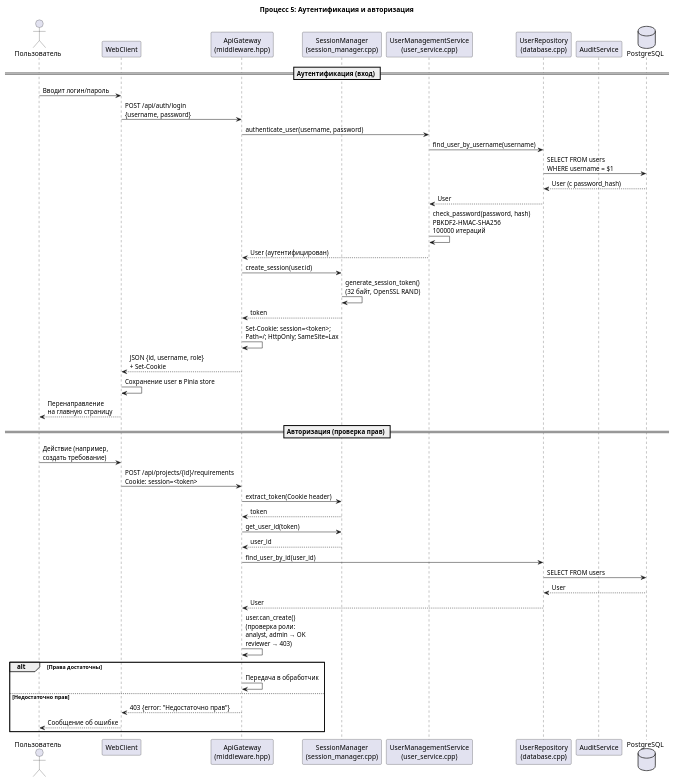
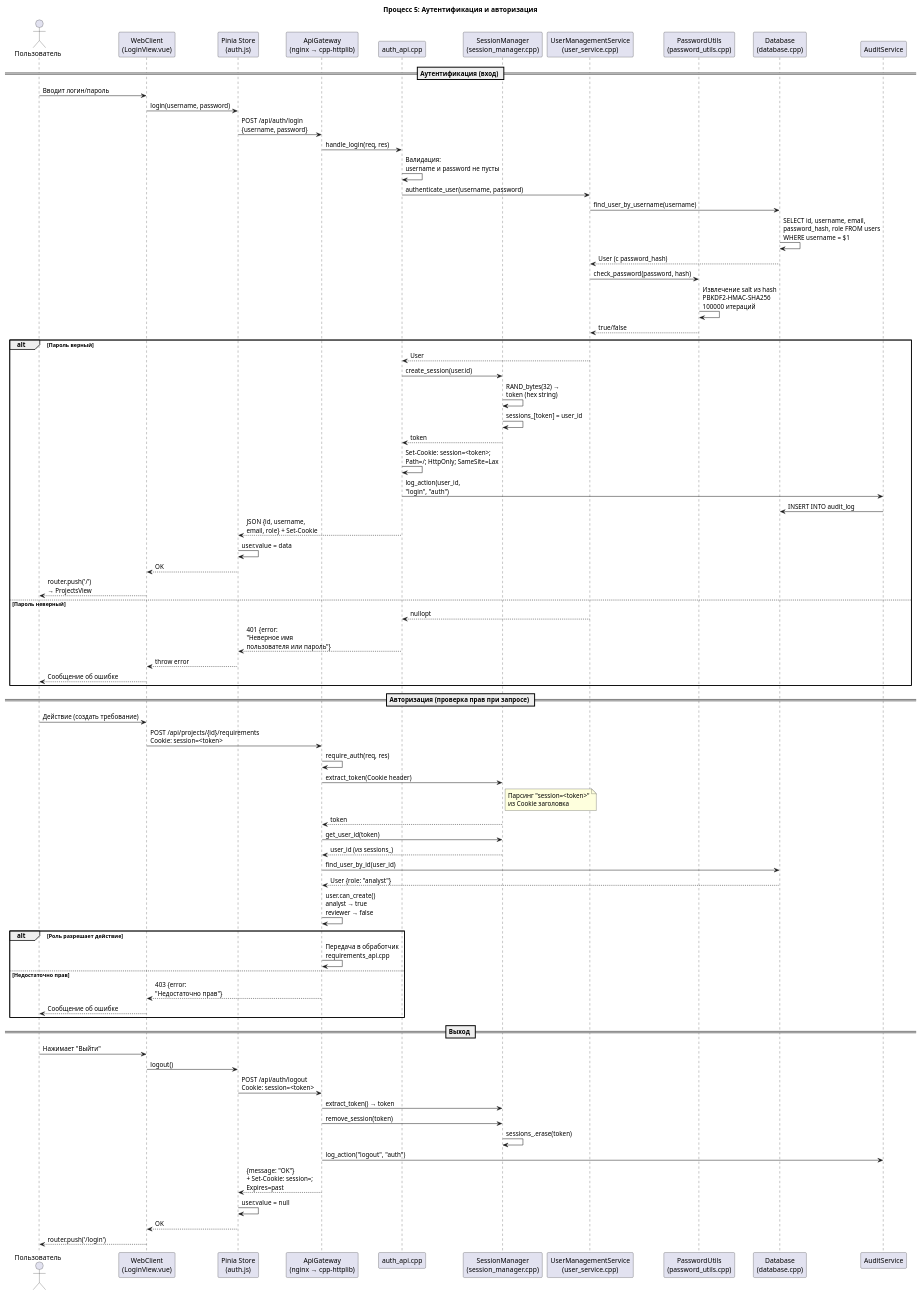
The diagram in docs/sequence_auth.puml (Ilya0217/sut), drawn with PlantUML before and after one commit. The commit also changed 9 other files, not shown here.

Commit message:
updated diagrams

```diff
--- a/docs/sequence_auth.puml
+++ b/docs/sequence_auth.puml
@@ -1,62 +1,99 @@
 @startuml "Процесс 5: Аутентификация и авторизация"
 
 title Процесс 5: Аутентификация и авторизация
 
 actor "Пользователь" as User
-participant "WebClient" as WC
-participant "ApiGateway\n(middleware.hpp)" as AG
+participant "WebClient\n(LoginView.vue)" as WC
+participant "Pinia Store\n(auth.js)" as Store
+participant "ApiGateway\n(nginx → cpp-httplib)" as AG
+participant "auth_api.cpp" as AAPI
 participant "SessionManager\n(session_manager.cpp)" as SM
 participant "UserManagementService\n(user_service.cpp)" as UMS
-participant "UserRepository\n(database.cpp)" as UR
+participant "PasswordUtils\n(password_utils.cpp)" as PU
+participant "Database\n(database.cpp)" as DB
 participant "AuditService" as AS
-database "PostgreSQL" as DB
 
 == Аутентификация (вход) ==
 
 User -> WC : Вводит логин/пароль
-WC -> AG : POST /api/auth/login\n{username, password}
+WC -> Store : login(username, password)
+Store -> AG : POST /api/auth/login\n{username, password}
 
-AG -> UMS : authenticate_user(username, password)
-UMS -> UR : find_user_by_username(username)
-UR -> DB : SELECT FROM users\nWHERE username = $1
-DB --> UR : User (с password_hash)
-UR --> UMS : User
+AG -> AAPI : handle_login(req, res)
+AAPI -> AAPI : Валидация:\nusername и password не пусты
 
-UMS -> UMS : check_password(password, hash)\nPBKDF2-HMAC-SHA256\n100000 итераций
-UMS --> AG : User (аутентифицирован)
+AAPI -> UMS : authenticate_user(username, password)
+UMS -> DB : find_user_by_username(username)
+DB -> DB : SELECT id, username, email,\npassword_hash, role FROM users\nWHERE username = $1
+DB --> UMS : User (с password_hash)
 
-AG -> SM : create_session(user.id)
-SM -> SM : generate_session_token()\n(32 байт, OpenSSL RAND)
-SM --> AG : token
+UMS -> PU : check_password(password, hash)
+PU -> PU : Извлечение salt из hash\nPBKDF2-HMAC-SHA256\n100000 итераций
+PU --> UMS : true/false
 
-AG -> AG : Set-Cookie: session=<token>;\nPath=/; HttpOnly; SameSite=Lax
-AG --> WC : JSON {id, username, role}\n+ Set-Cookie
-WC -> WC : Сохранение user в Pinia store
-WC --> User : Перенаправление\nна главную страницу
+alt Пароль верный
+    UMS --> AAPI : User
+    AAPI -> SM : create_session(user.id)
+    SM -> SM : RAND_bytes(32) →\ntoken (hex string)
+    SM -> SM : sessions_[token] = user_id
+    SM --> AAPI : token
 
-== Авторизация (проверка прав) ==
+    AAPI -> AAPI : Set-Cookie: session=<token>;\nPath=/; HttpOnly; SameSite=Lax
+    AAPI -> AS : log_action(user_id,\n"login", "auth")
+    AS -> DB : INSERT INTO audit_log
+    AAPI --> Store : JSON {id, username,\nemail, role} + Set-Cookie
 
-User -> WC : Действие (например,\nсоздать требование)
+    Store -> Store : user.value = data
+    Store --> WC : OK
+    WC --> User : router.push('/')\n→ ProjectsView
+
+else Пароль неверный
+    UMS --> AAPI : nullopt
+    AAPI --> Store : 401 {error:\n"Неверное имя\nпользователя или пароль"}
+    Store --> WC : throw error
+    WC --> User : Сообщение об ошибке
+end
+
+== Авторизация (проверка прав при запросе) ==
+
+User -> WC : Действие (создать требование)
 WC -> AG : POST /api/projects/{id}/requirements\nCookie: session=<token>
 
+AG -> AG : require_auth(req, res)
 AG -> SM : extract_token(Cookie header)
+note right of SM
+    Парсинг "session=<token>"
+    из Cookie заголовка
+end note
 SM --> AG : token
 
 AG -> SM : get_user_id(token)
-SM --> AG : user_id
+SM --> AG : user_id (из sessions_)
 
-AG -> UR : find_user_by_id(user_id)
-UR -> DB : SELECT FROM users
-DB --> UR : User
-UR --> AG : User
+AG -> DB : find_user_by_id(user_id)
+DB --> AG : User {role: "analyst"}
 
-AG -> AG : user.can_create()\n(проверка роли:\nanalyst, admin → OK\nreviewer → 403)
+AG -> AG : user.can_create()\nanalyst → true\nreviewer → false
 
-alt Права достаточны
-    AG -> AG : Передача в обработчик
+alt Роль разрешает действие
+    AG -> AG : Передача в обработчик\nrequirements_api.cpp
 else Недостаточно прав
-    AG --> WC : 403 {error: "Недостаточно прав"}
+    AG --> WC : 403 {error:\n"Недостаточно прав"}
     WC --> User : Сообщение об ошибке
 end
 
+== Выход ==
+
+User -> WC : Нажимает "Выйти"
+WC -> Store : logout()
+Store -> AG : POST /api/auth/logout\nCookie: session=<token>
+AG -> SM : extract_token() → token
+AG -> SM : remove_session(token)
+SM -> SM : sessions_.erase(token)
+AG -> AS : log_action("logout", "auth")
+AG --> Store : {message: "OK"}\n+ Set-Cookie: session=;\nExpires=past
+Store -> Store : user.value = null
+Store --> WC : OK
+WC --> User : router.push('/login')
+
 @enduml
```
